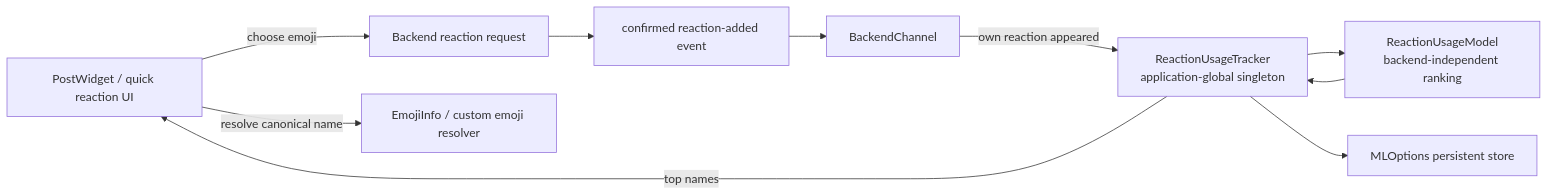
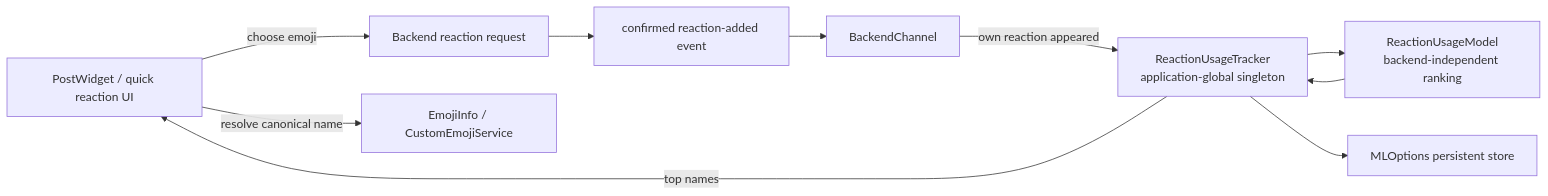
Before and after one commit to Ri0n/matterleast: the diagram in docs/reaction-quick-bar.md, drawn with Mermaid. The commit also changed other lines of this file and 13 other files, not shown here.

````diff
--- a/docs/reaction-quick-bar.md
+++ b/docs/reaction-quick-bar.md
@@ -23,22 +28,22 @@
 ```mermaid
 flowchart LR
     UI[PostWidget / quick reaction UI]
     B[Backend reaction request]
     E[confirmed reaction-added event]
     C[BackendChannel]
     T[ReactionUsageTracker\napplication-global singleton]
     M[ReactionUsageModel\nbackend-independent ranking]
     S[MLOptions persistent store]
-    R[EmojiInfo / custom emoji resolver]
+    R[EmojiInfo / CustomEmojiService]
 
     UI -->|choose emoji| B
     B --> E
     E --> C
     C -->|own reaction appeared| T
     T --> M
     M --> T
     T --> S
 
     T -->|top names| UI
     UI -->|resolve canonical name| R
 ```
````
